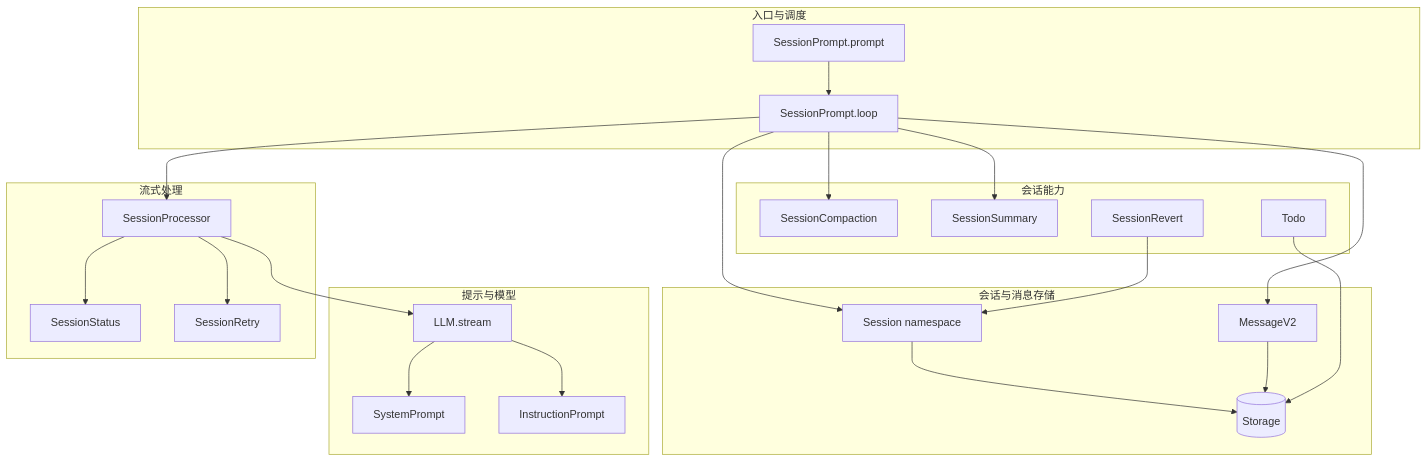
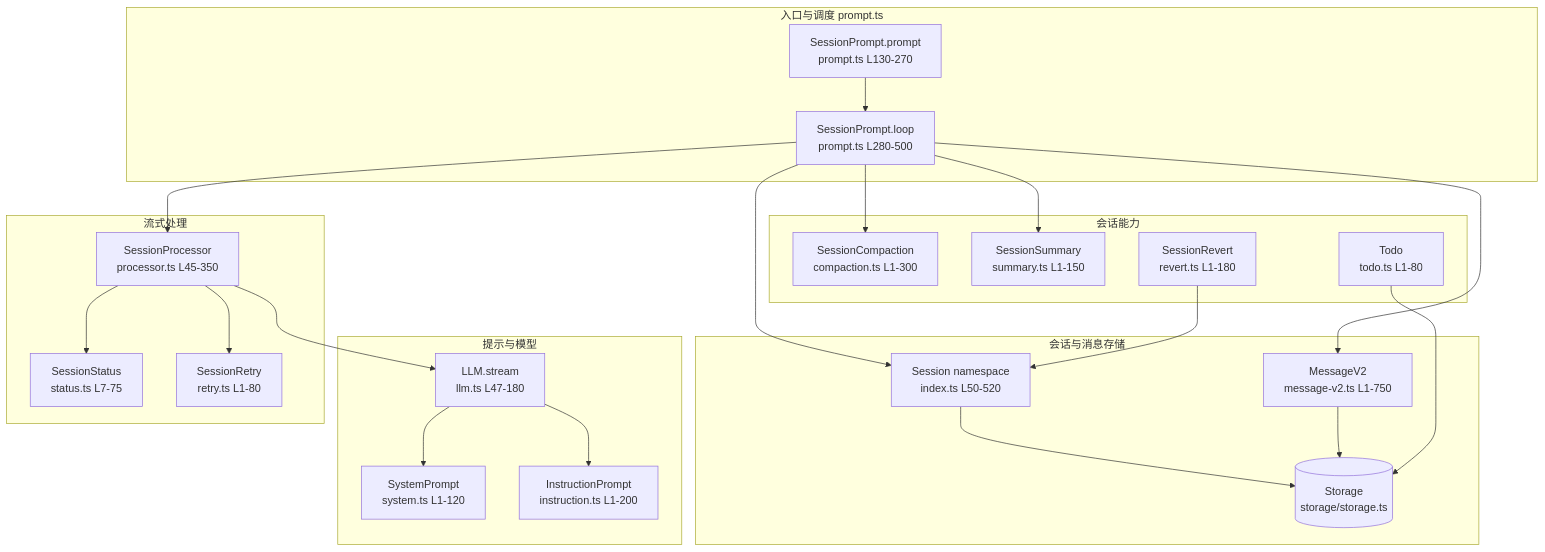
One commit to dolibali/opencode changed the first of 6 diagrams in packages/opencode/src/session/SESSION_MODULE_ANALYSIS.md. Above: the diagram before and after it, drawn with Mermaid. The commit also changed other lines of this file and 2 other files, not shown here.

Commit message:
Add session module md

````diff
--- a/packages/opencode/src/session/SESSION_MODULE_ANALYSIS.md
+++ b/packages/opencode/src/session/SESSION_MODULE_ANALYSIS.md
@@ -17,48 +17,48 @@
 ```mermaid
 flowchart TB
-  subgraph 入口与调度
-    A[SessionPrompt.prompt]
-    B[SessionPrompt.loop]
+  subgraph 入口与调度["入口与调度 prompt.ts"]
+    A["SessionPrompt.prompt<br/>prompt.ts L130-270"]
+    B["SessionPrompt.loop<br/>prompt.ts L280-500"]
   end
 
-  subgraph 会话与消息存储
-    S[Session namespace]
-    M[MessageV2]
-    Storage[(Storage)]
+  subgraph 会话与消息存储["会话与消息存储"]
+    S["Session namespace<br/>index.ts L50-520"]
+    M["MessageV2<br/>message-v2.ts L1-750"]
+    Storage[("Storage<br/>storage/storage.ts")]
   end
 
-  subgraph 提示与模型
-    Sys[SystemPrompt]
-    Inst[InstructionPrompt]
-    LLM[LLM.stream]
+  subgraph 提示与模型["提示与模型"]
+    Sys["SystemPrompt<br/>system.ts L1-120"]
+    Inst["InstructionPrompt<br/>instruction.ts L1-200"]
+    LLM["LLM.stream<br/>llm.ts L47-180"]
   end
 
-  subgraph 流式处理
-    Proc[SessionProcessor]
-    Status[SessionStatus]
-    Retry[SessionRetry]
+  subgraph 流式处理["流式处理"]
+    Proc["SessionProcessor<br/>processor.ts L45-350"]
+    Status["SessionStatus<br/>status.ts L7-75"]
+    Retry["SessionRetry<br/>retry.ts L1-80"]
   end
 
-  subgraph 会话能力
-    Comp[SessionCompaction]
-    Sum[SessionSummary]
-    Rev[SessionRevert]
-    Todo[Todo]
+  subgraph 会话能力["会话能力"]
+    Comp["SessionCompaction<br/>compaction.ts L1-300"]
+    Sum["SessionSummary<br/>summary.ts L1-150"]
+    Rev["SessionRevert<br/>revert.ts L1-180"]
+    Todo["Todo<br/>todo.ts L1-80"]
   end
 
   A --> B
   B --> S
   B --> M
   S --> Storage
   M --> Storage
   B --> Proc
   Proc --> LLM
   LLM --> Sys
   LLM --> Inst
   Proc --> Status
   Proc --> Retry
   B --> Comp
   B --> Sum
   Rev --> S
   Todo --> Storage
 ```
````
